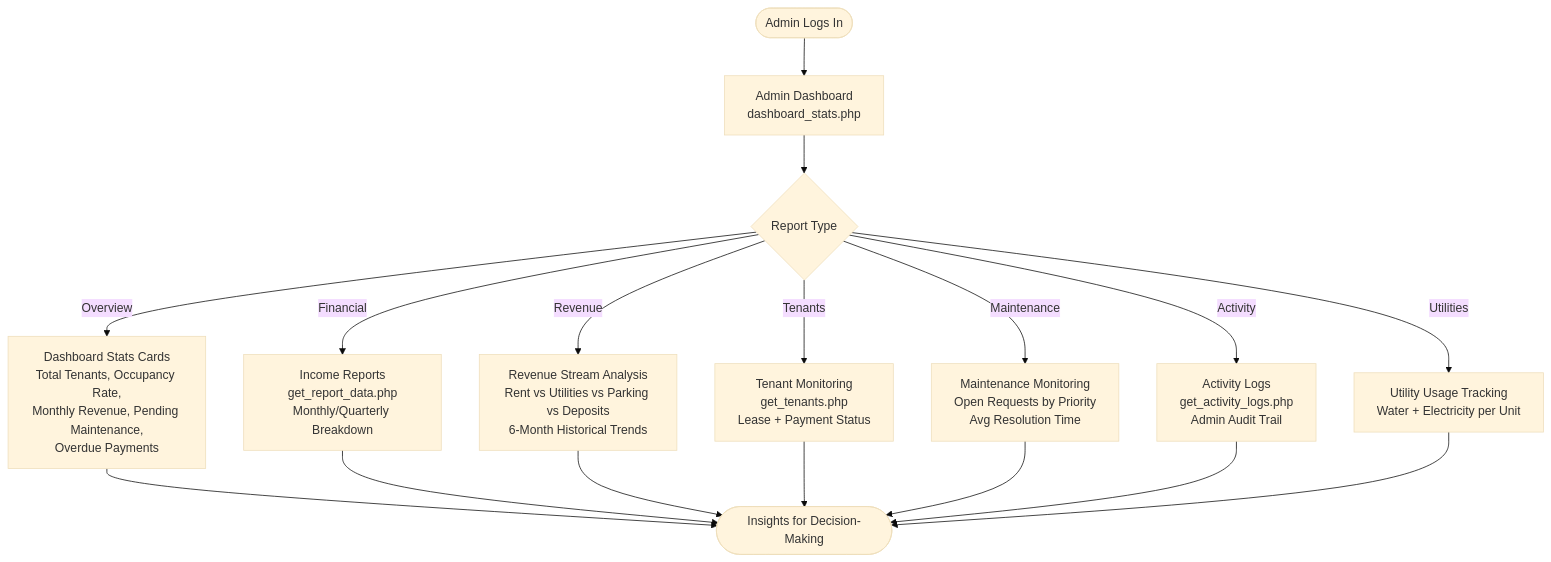
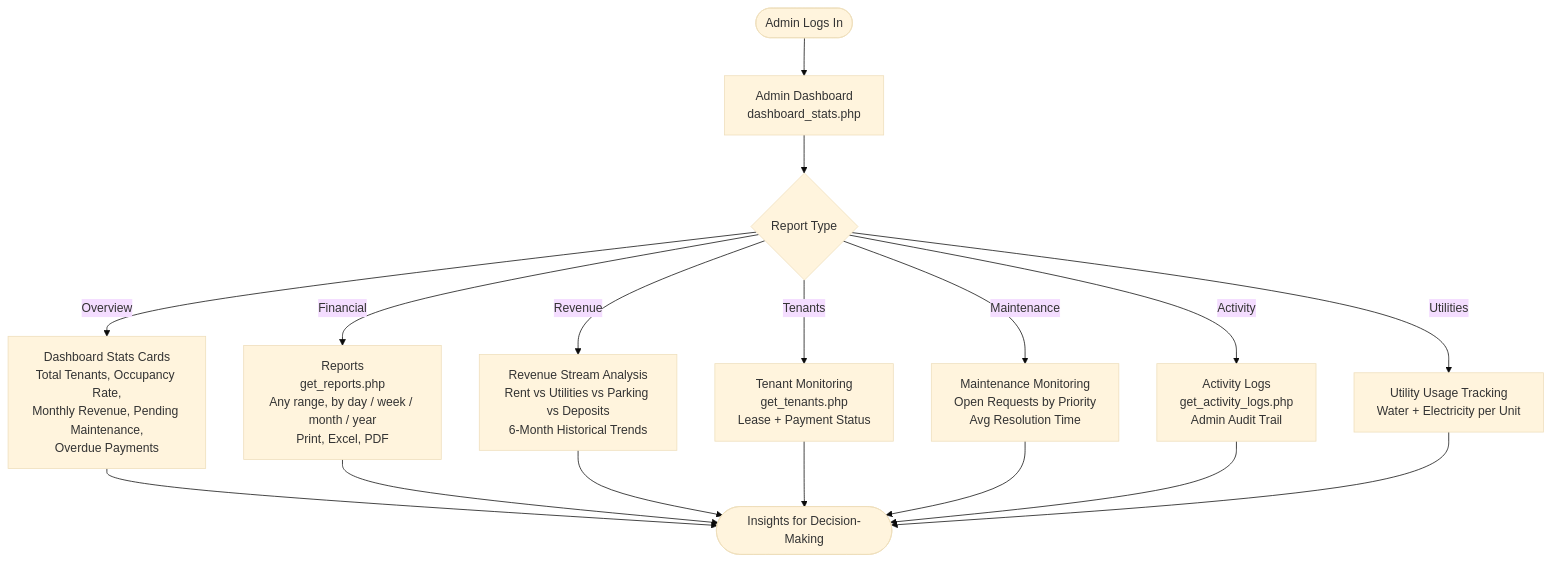
Before and after one commit to Keonbe/ApartmentManagementSystem_React: the tenth of 11 diagrams in docs/features/panelist_feature_checklist.md, drawn with Mermaid (base theme). The commit also changed other lines of this file and 39 other files, not shown here.

First line of the commit message:
feat(reports): reports by any range and period, with print, Excel and PDF

````diff
--- a/docs/features/panelist_feature_checklist.md
+++ b/docs/features/panelist_feature_checklist.md
@@ -312,19 +312,19 @@
 ```mermaid
 flowchart TD
     A(["Admin Logs In"]) --> B["Admin Dashboard<br/>dashboard_stats.php"]
     B --> C{"Report Type"}
     C -->|Overview| D["Dashboard Stats Cards<br/>Total Tenants, Occupancy Rate,<br/>Monthly Revenue, Pending Maintenance,<br/>Overdue Payments"]
-    C -->|Financial| E["Income Reports<br/>get_report_data.php<br/>Monthly/Quarterly Breakdown"]
+    C -->|Financial| E["Reports<br/>get_reports.php<br/>Any range, by day / week / month / year<br/>Print, Excel, PDF"]
     C -->|Revenue| F["Revenue Stream Analysis<br/>Rent vs Utilities vs Parking vs Deposits<br/>6-Month Historical Trends"]
     C -->|Tenants| G["Tenant Monitoring<br/>get_tenants.php<br/>Lease + Payment Status"]
     C -->|Maintenance| H["Maintenance Monitoring<br/>Open Requests by Priority<br/>Avg Resolution Time"]
     C -->|Activity| I["Activity Logs<br/>get_activity_logs.php<br/>Admin Audit Trail"]
     C -->|Utilities| J["Utility Usage Tracking<br/>Water + Electricity per Unit"]
     D --> K(["Insights for Decision-Making"])
     E --> K
     F --> K
     G --> K
     H --> K
     I --> K
     J --> K
 ```
````
